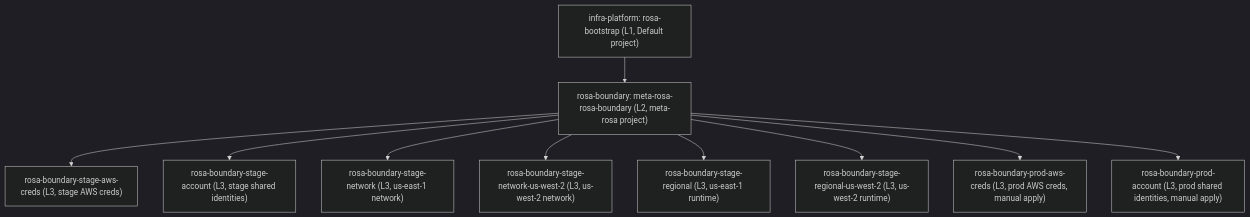
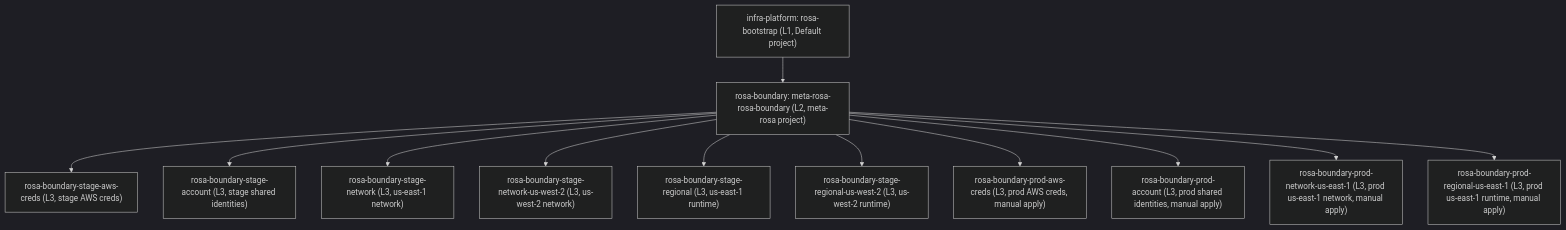
Before and after one commit to openshift-online/rosa-boundary: the diagram in openwiki/infrastructure/hcp-terraform-workspaces.md, drawn with Mermaid (dark theme). The commit also changed other lines of this file and 19 other files, not shown here.

````diff
--- a/openwiki/infrastructure/hcp-terraform-workspaces.md
+++ b/openwiki/infrastructure/hcp-terraform-workspaces.md
@@ -69,12 +69,14 @@
 ```mermaid
 flowchart TD
     L1["infra-platform: rosa-bootstrap (L1, Default project)"] --> L2["rosa-boundary: meta-rosa-rosa-boundary (L2, meta-rosa project)"]
     L2 --> C1["rosa-boundary-stage-aws-creds (L3, stage AWS creds)"]
     L2 --> A1["rosa-boundary-stage-account (L3, stage shared identities)"]
     L2 --> N1["rosa-boundary-stage-network (L3, us-east-1 network)"]
     L2 --> N2["rosa-boundary-stage-network-us-west-2 (L3, us-west-2 network)"]
     L2 --> R1["rosa-boundary-stage-regional (L3, us-east-1 runtime)"]
     L2 --> R2["rosa-boundary-stage-regional-us-west-2 (L3, us-west-2 runtime)"]
     L2 --> C2["rosa-boundary-prod-aws-creds (L3, prod AWS creds, manual apply)"]
     L2 --> A2["rosa-boundary-prod-account (L3, prod shared identities, manual apply)"]
+    L2 --> N3["rosa-boundary-prod-network-us-east-1 (L3, prod us-east-1 network, manual apply)"]
+    L2 --> R3["rosa-boundary-prod-regional-us-east-1 (L3, prod us-east-1 runtime, manual apply)"]
 ```
````
